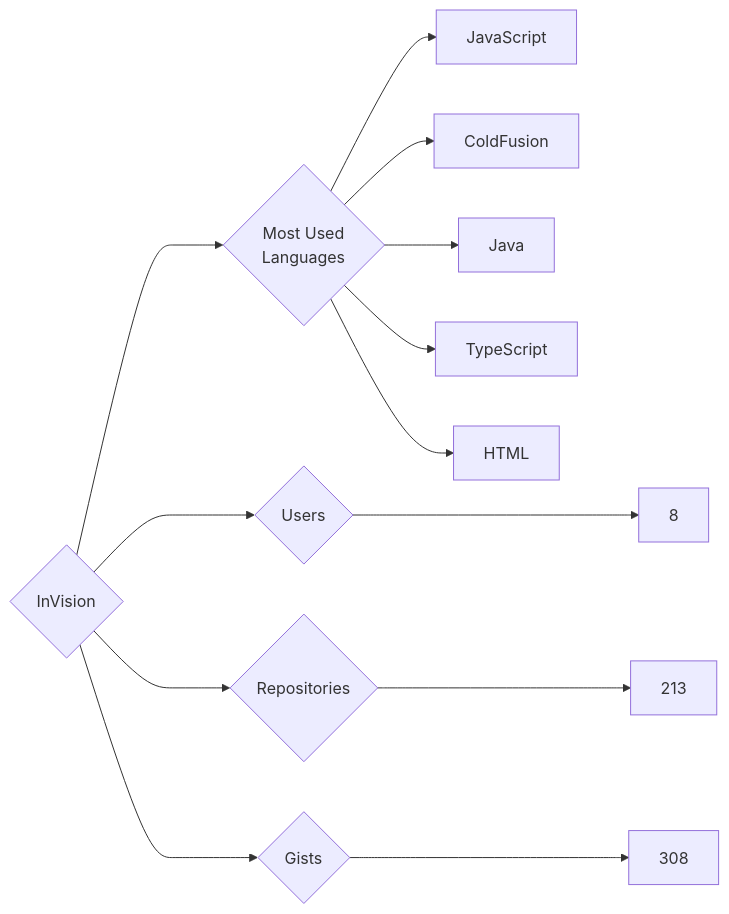
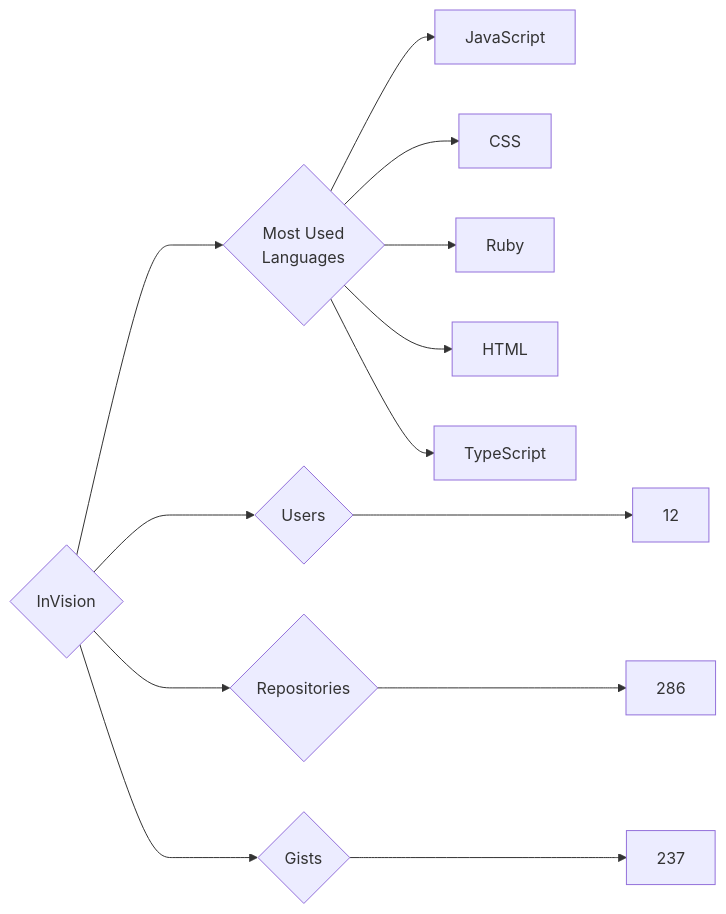
Before and after one commit to trickest/insiders: the diagram in targets/InVision/README.md, drawn with Mermaid. The commit also changed 757 other files, not shown here.

````diff
--- a/targets/InVision/README.md
+++ b/targets/InVision/README.md
@@ -3,13 +3,13 @@
 ```mermaid
 graph LR
 COMPANY_NAME{InVision}
-COMPANY_NAME ---> U{Users} ---> UN[8]
-COMPANY_NAME ---> R{Repositories} ---> RN[213]
-COMPANY_NAME ---> G{Gists} ---> GN[308]
+COMPANY_NAME ---> U{Users} ---> UN[12]
+COMPANY_NAME ---> R{Repositories} ---> RN[286]
+COMPANY_NAME ---> G{Gists} ---> GN[237]
 COMPANY_NAME ---> ML{Most Used<br>Languages}
 ML --> JavaScript[JavaScript]
-ML --> ColdFusion[ColdFusion]
-ML --> Java[Java]
+ML --> CSS[CSS]
+ML --> Ruby[Ruby]
+ML --> HTML[HTML]
 ML --> TypeScript[TypeScript]
-ML --> HTML[HTML]
 ```
````
